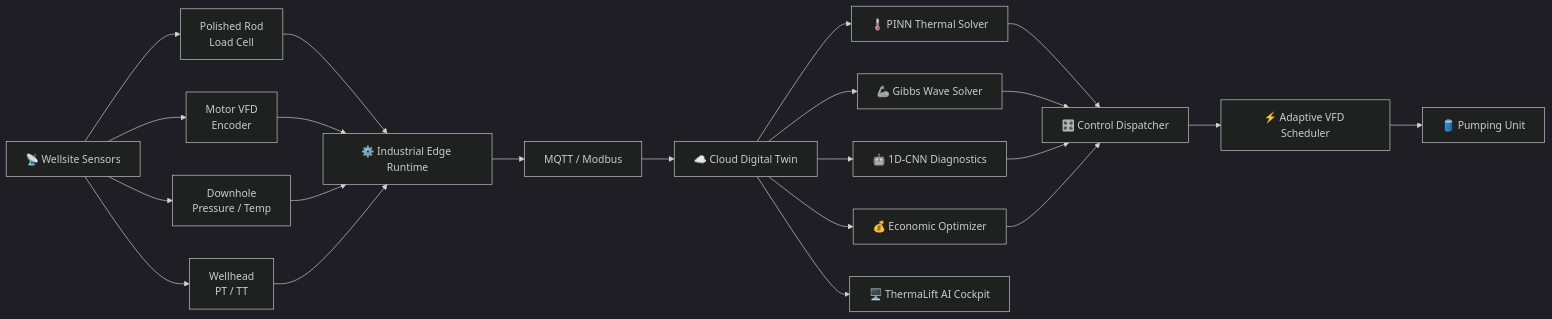
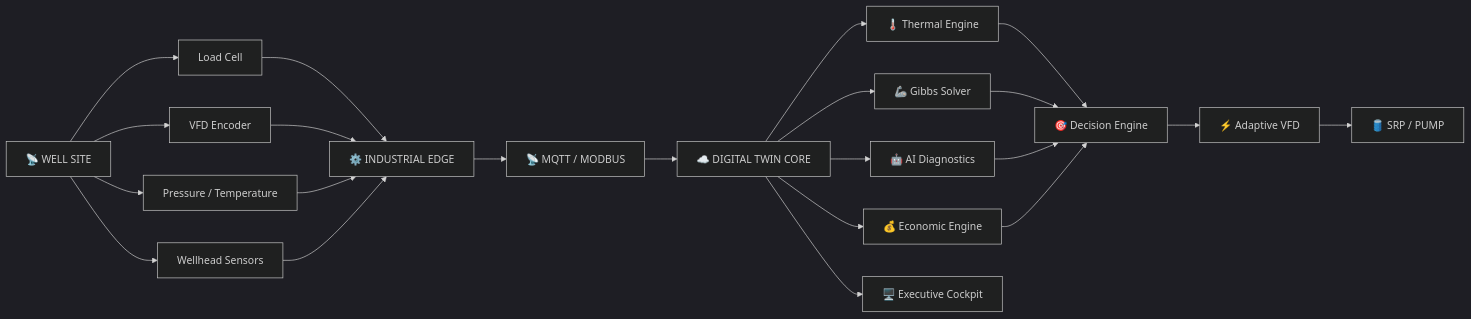
The second of 6 diagrams in README.md (Avinraj01/ThermaLift-AI), drawn with Mermaid (dark theme) before and after one commit. The commit also changed other lines of this file, not shown here.

````diff
--- a/README.md
+++ b/README.md
@@ -227,34 +344,42 @@
 ```mermaid
 flowchart LR
 
-    SENSORS["📡 Wellsite Sensors"]
+    S["📡 WELL SITE"]
 
-    SENSORS --> LC["Polished Rod<br/>Load Cell"]
-    SENSORS --> VFD["Motor VFD<br/>Encoder"]
-    SENSORS --> PT["Downhole<br/>Pressure / Temp"]
-    SENSORS --> WH["Wellhead<br/>PT / TT"]
+    LC["Load Cell"]
+    EN["VFD Encoder"]
+    PT["Pressure / Temperature"]
+    WH["Wellhead Sensors"]
 
-    LC --> EDGE["⚙️ Industrial Edge Runtime"]
-    VFD --> EDGE
+    LC --> EDGE
+    EN --> EDGE
     PT --> EDGE
     WH --> EDGE
 
-    EDGE --> MQTT["MQTT / Modbus"]
-    MQTT --> CLOUD["☁️ Cloud Digital Twin"]
+    S --> LC
+    S --> EN
+    S --> PT
+    S --> WH
 
-    CLOUD --> THERMAL["🌡️ PINN Thermal Solver"]
-    CLOUD --> GIBBS["🦾 Gibbs Wave Solver"]
-    CLOUD --> ML["🤖 1D-CNN Diagnostics"]
-    CLOUD --> ECON["💰 Economic Optimizer"]
+    EDGE["⚙️ INDUSTRIAL EDGE"]
 
-    THERMAL --> CONTROL["🎛️ Control Dispatcher"]
-    GIBBS --> CONTROL
-    ML --> CONTROL
-    ECON --> CONTROL
+    EDGE --> MQTT["📡 MQTT / MODBUS"]
 
-    CONTROL --> VFDCTRL["⚡ Adaptive VFD Scheduler"]
+    MQTT --> CLOUD["☁️ DIGITAL TWIN CORE"]
 
-    VFDCTRL --> PUMP["🛢️ Pumping Unit"]
+    CLOUD --> THERMAL["🌡️ Thermal Engine"]
+    CLOUD --> GIBBS["🦾 Gibbs Solver"]
+    CLOUD --> AI["🤖 AI Diagnostics"]
+    CLOUD --> ECON["💰 Economic Engine"]
 
-    CLOUD --> UI["🖥️ ThermaLift AI Cockpit"]
+    THERMAL --> DECISION["🎯 Decision Engine"]
+    GIBBS --> DECISION
+    AI --> DECISION
+    ECON --> DECISION
+
+    DECISION --> VFD["⚡ Adaptive VFD"]
+
+    CLOUD --> DASH["🖥️ Executive Cockpit"]
+
+    VFD --> PUMP["🛢️ SRP / PUMP"]
 ```
````
